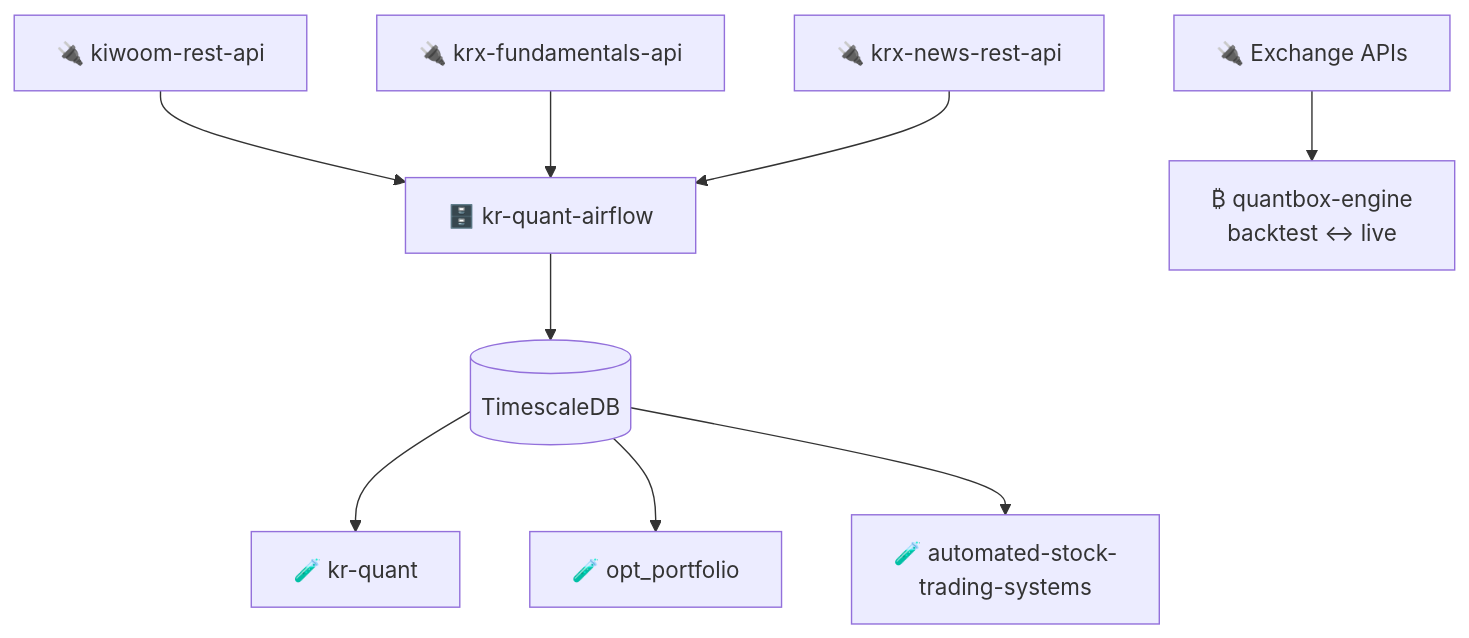
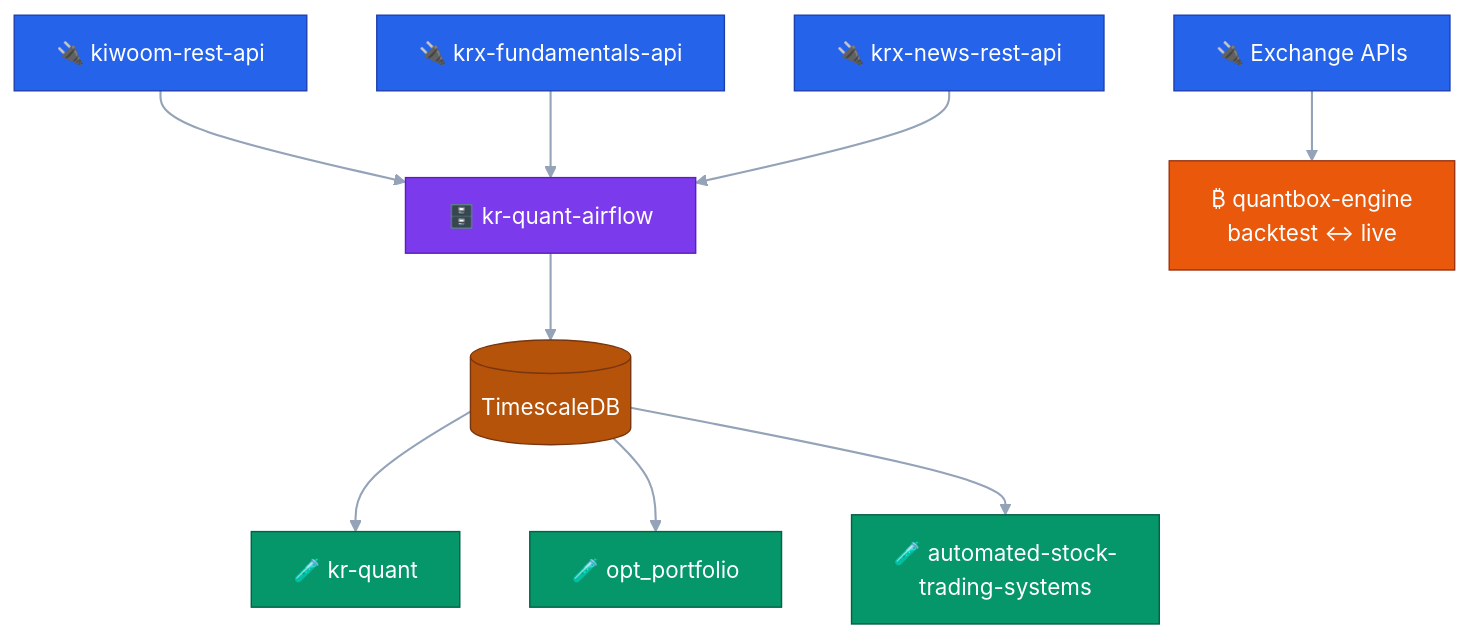
The diagram in README.md (younghwan91/younghwan91), drawn with Mermaid before and after one commit. The commit also changed other lines of this file, not shown here.

First line of the commit message:
docs: README 컬러링 — 섹션 배지·역할 배지·다이어그램 색상

````diff
--- a/README.md
+++ b/README.md
@@ -28,11 +28,25 @@
 ```mermaid
 flowchart TD
     K["🔌 kiwoom-rest-api"] --> AF
     F["🔌 krx-fundamentals-api"] --> AF
     NW["🔌 krx-news-rest-api"] --> AF
     AF["🗄️ kr-quant-airflow"] --> DB[("TimescaleDB")]
     DB --> Q["🧪 kr-quant"]
     DB --> O["🧪 opt_portfolio"]
     DB --> AT["🧪 automated-stock-<br/>trading-systems"]
     EX["🔌 Exchange APIs"] --> CR["₿ quantbox-engine<br/>backtest ↔ live"]
+
+    classDef src    fill:#2563EB,stroke:#1E40AF,stroke-width:1px,color:#FFFFFF
+    classDef pipe   fill:#7C3AED,stroke:#5B21B6,stroke-width:1px,color:#FFFFFF
+    classDef store  fill:#B45309,stroke:#78350F,stroke-width:1px,color:#FFFFFF
+    classDef res    fill:#059669,stroke:#065F46,stroke-width:1px,color:#FFFFFF
+    classDef crypto fill:#EA580C,stroke:#9A3412,stroke-width:1px,color:#FFFFFF
+
+    class K,F,NW,EX src
+    class AF pipe
+    class DB store
+    class Q,O,AT res
+    class CR crypto
+
+    linkStyle default stroke:#94A3B8,stroke-width:1.5px
 ```
````
